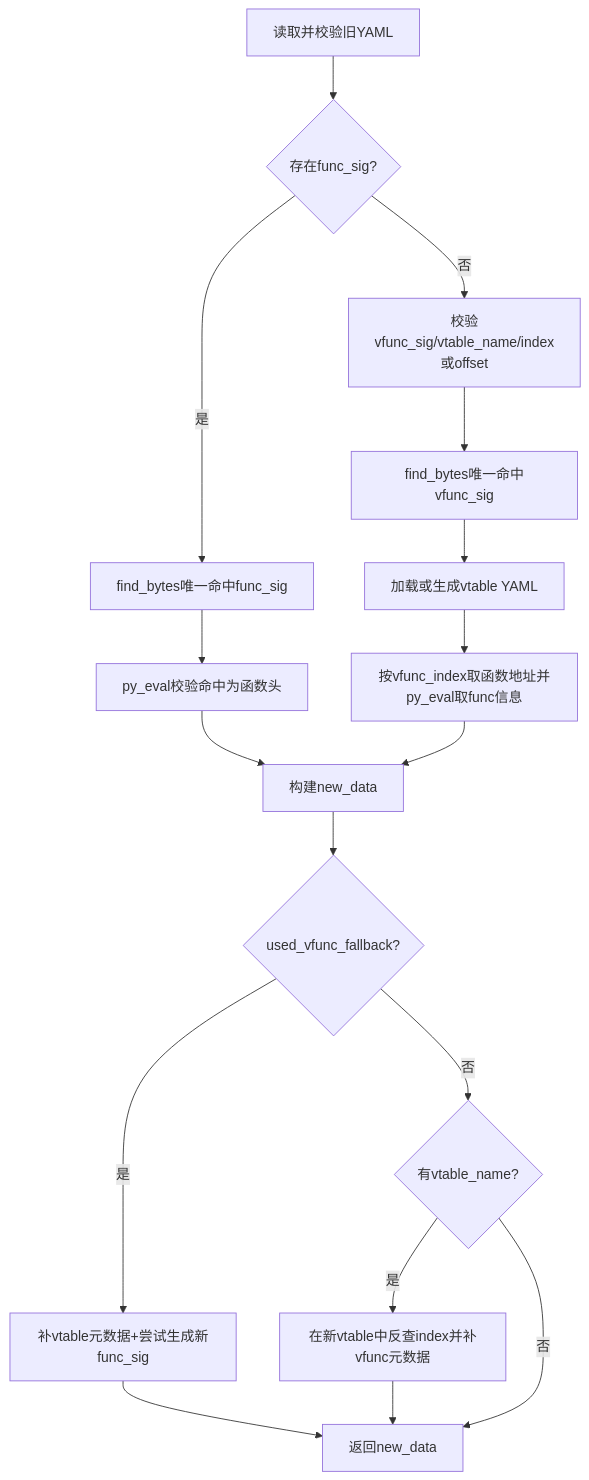
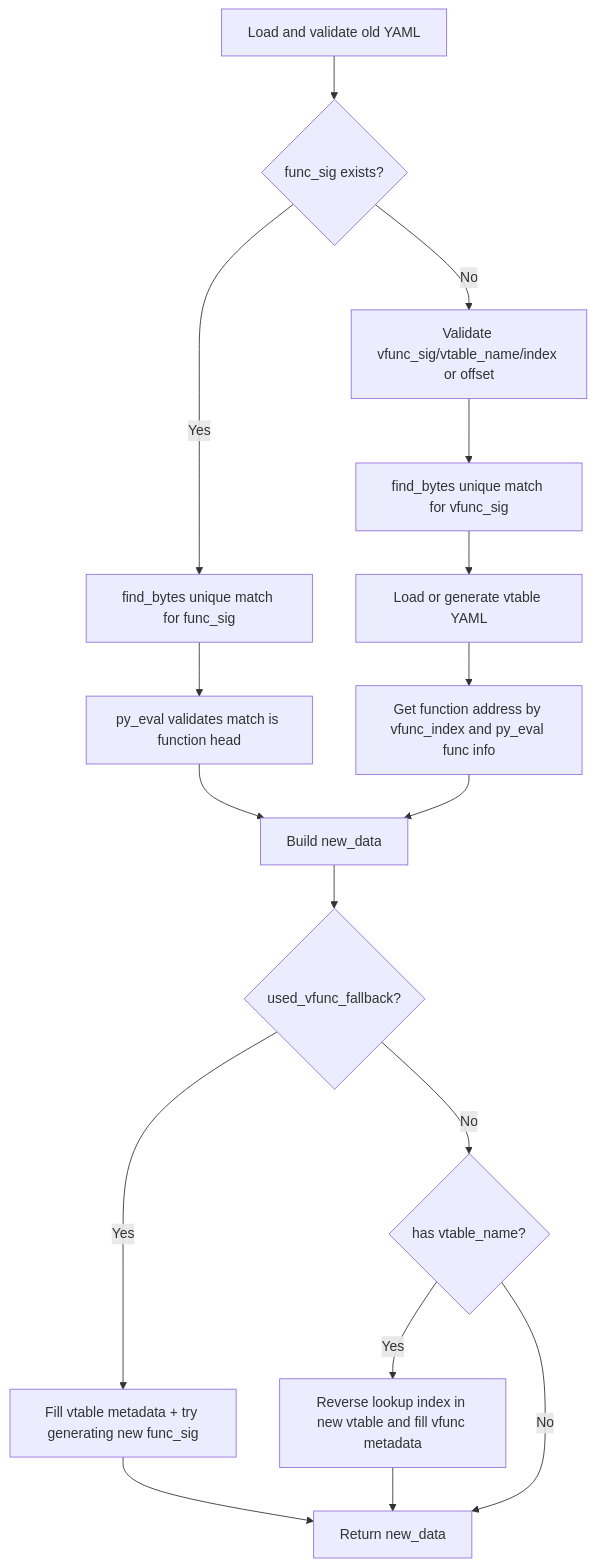
One commit to hzqst/CS2_VibeSignatures changed the diagram in .serena/memories/preprocess_func_sig_via_mcp.md. Above: the diagram before and after it, drawn with Mermaid. The commit also changed other lines of this file and 9 other files, not shown here.

````diff
--- a/.serena/memories/preprocess_func_sig_via_mcp.md
+++ b/.serena/memories/preprocess_func_sig_via_mcp.md
@@ -55,19 +55,19 @@
 ```mermaid
 flowchart TD
-    A[读取并校验旧YAML] --> B{存在func_sig?}
-    B -- 是 --> C[find_bytes唯一命中func_sig]
-    C --> D[py_eval校验命中为函数头]
-    B -- 否 --> E[校验vfunc_sig/vtable_name/index或offset]
-    E --> F[find_bytes唯一命中vfunc_sig]
-    F --> G[加载或生成vtable YAML]
-    G --> H[按vfunc_index取函数地址并py_eval取func信息]
-    D --> I[构建new_data]
+    A[Load and validate old YAML] --> B{func_sig exists?}
+    B -- Yes --> C[find_bytes unique match for func_sig]
+    C --> D[py_eval validates match is function head]
+    B -- No --> E[Validate vfunc_sig/vtable_name/index or offset]
+    E --> F[find_bytes unique match for vfunc_sig]
+    F --> G[Load or generate vtable YAML]
+    G --> H[Get function address by vfunc_index and py_eval func info]
+    D --> I[Build new_data]
     H --> I
     I --> J{used_vfunc_fallback?}
-    J -- 是 --> K[补vtable元数据+尝试生成新func_sig]
-    J -- 否 --> L{有vtable_name?}
-    L -- 是 --> M[在新vtable中反查index并补vfunc元数据]
-    K --> N[返回new_data]
+    J -- Yes --> K[Fill vtable metadata + try generating new func_sig]
+    J -- No --> L{has vtable_name?}
+    L -- Yes --> M[Reverse lookup index in new vtable and fill vfunc metadata]
+    K --> N[Return new_data]
     M --> N
-    L -- 否 --> N
+    L -- No --> N
 ```
````
